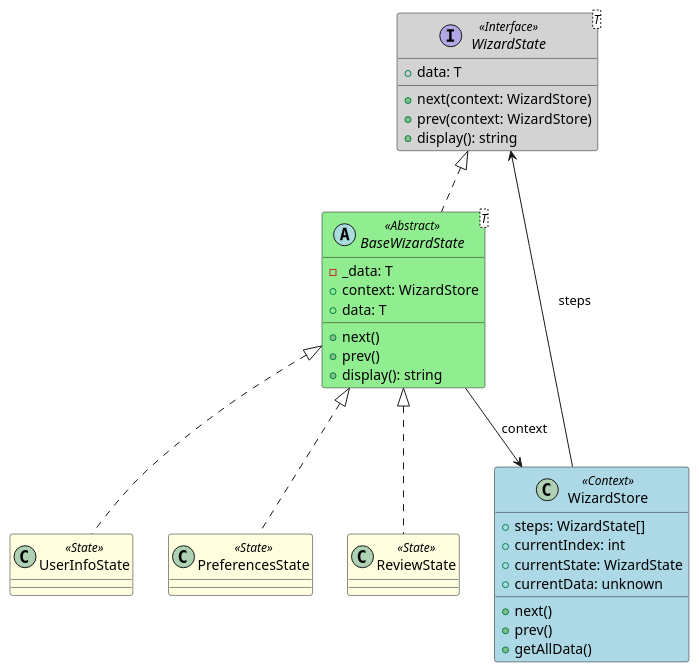
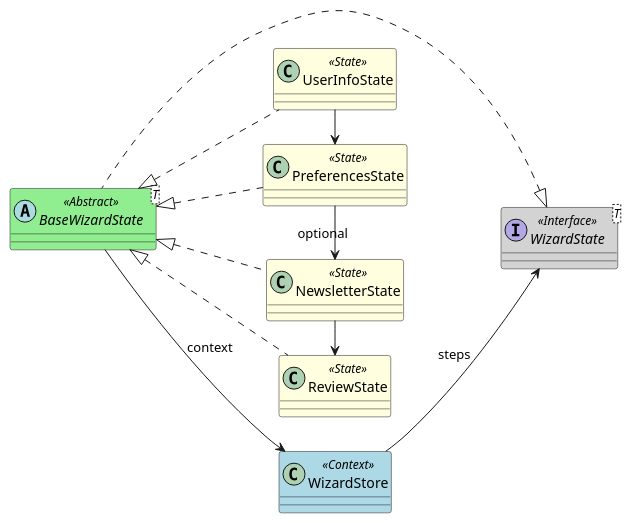
One commit to Crystonix/state_pattern_demo changed the diagram in plantuml/wizard.puml. Above: the diagram before and after it, drawn with PlantUML. The commit also changed 6 other files, not shown here.

First line of the commit message:
Add optional newsletter step to wizard flow

```diff
--- a/plantuml/wizard.puml
+++ b/plantuml/wizard.puml
@@ -1,63 +1,37 @@
 @startuml WizardPattern
+left to right direction
 
-' ----------------------------
-' Define colors via stereotypes
-' ----------------------------
 skinparam class {
   BackgroundColor<<Context>> LightBlue
   BackgroundColor<<Abstract>> LightGreen
   BackgroundColor<<State>> LightYellow
   BackgroundColor<<Interface>> LightGray
 }
 
-' ----------------------------
-' Interface and Abstract States
-' ----------------------------
-interface WizardState<T> <<Interface>> {
-  +data: T
-  +next(context: WizardStore)
-  +prev(context: WizardStore)
-  +display(): string
-}
+interface WizardState<T> <<Interface>>
+abstract class BaseWizardState<T> <<Abstract>>
 
-abstract class BaseWizardState<T> <<Abstract>> {
-  -_data: T
-  +context: WizardStore
-  +data: T
-  +next()
-  +prev()
-  +display(): string
-}
-
-' ----------------------------
-' Concrete States
-' ----------------------------
 class UserInfoState <<State>>
 class PreferencesState <<State>>
+class NewsletterState <<State>>
 class ReviewState <<State>>
 
-' ----------------------------
-' Context
-' ----------------------------
-class WizardStore <<Context>> {
-  +steps: WizardState[]
-  +currentIndex: int
-  +currentState: WizardState
-  +currentData: unknown
-  +next()
-  +prev()
-  +getAllData()
-}
+class WizardStore <<Context>>
 
-' ----------------------------
-' Relationships
-' ----------------------------
+' Inheritance
 WizardState <|.. BaseWizardState
 BaseWizardState <|.. UserInfoState
 BaseWizardState <|.. PreferencesState
+BaseWizardState <|.. NewsletterState
 BaseWizardState <|.. ReviewState
 
+' Relationships
 BaseWizardState --> WizardStore : context
 WizardStore --> WizardState : steps
 
+' Optional Newsletter flow
+UserInfoState -right->PreferencesState
+PreferencesState -right-> NewsletterState : optional
+NewsletterState -right-> ReviewState
+
 @enduml
```
